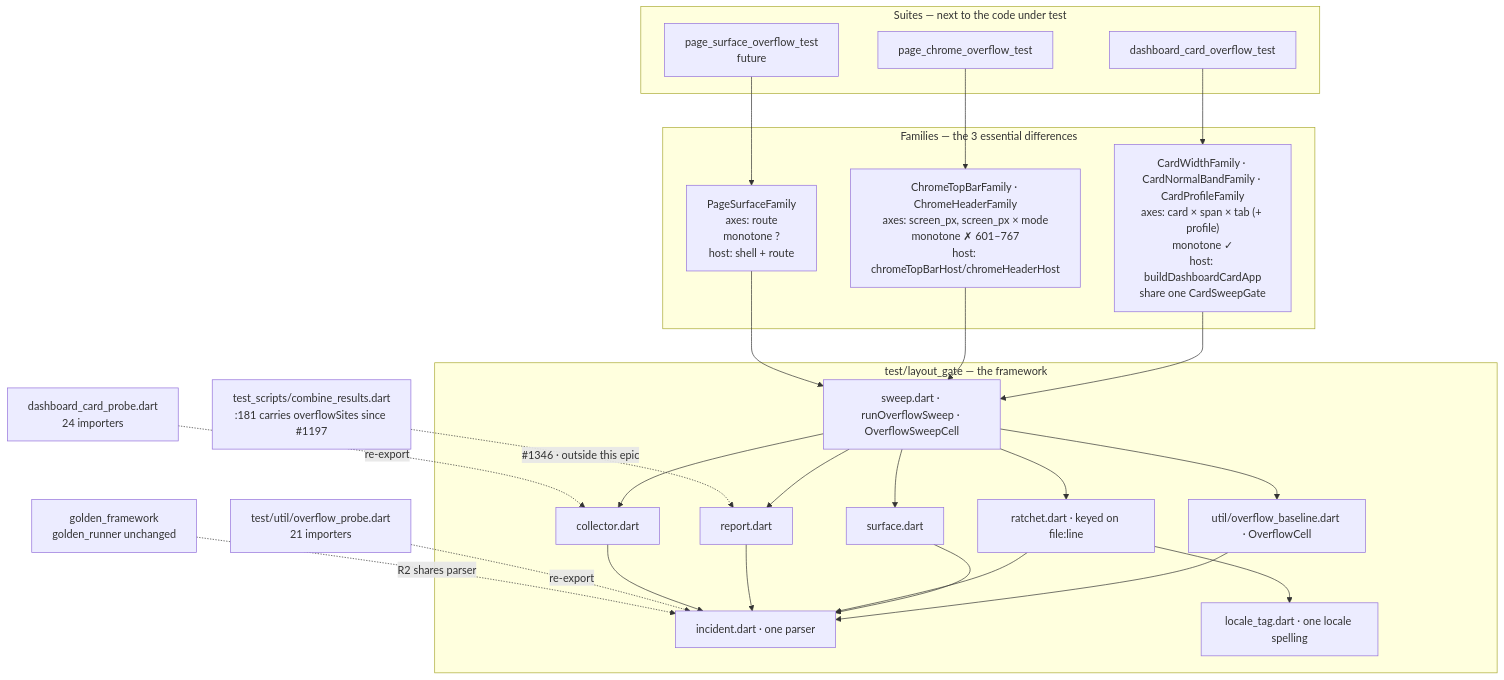
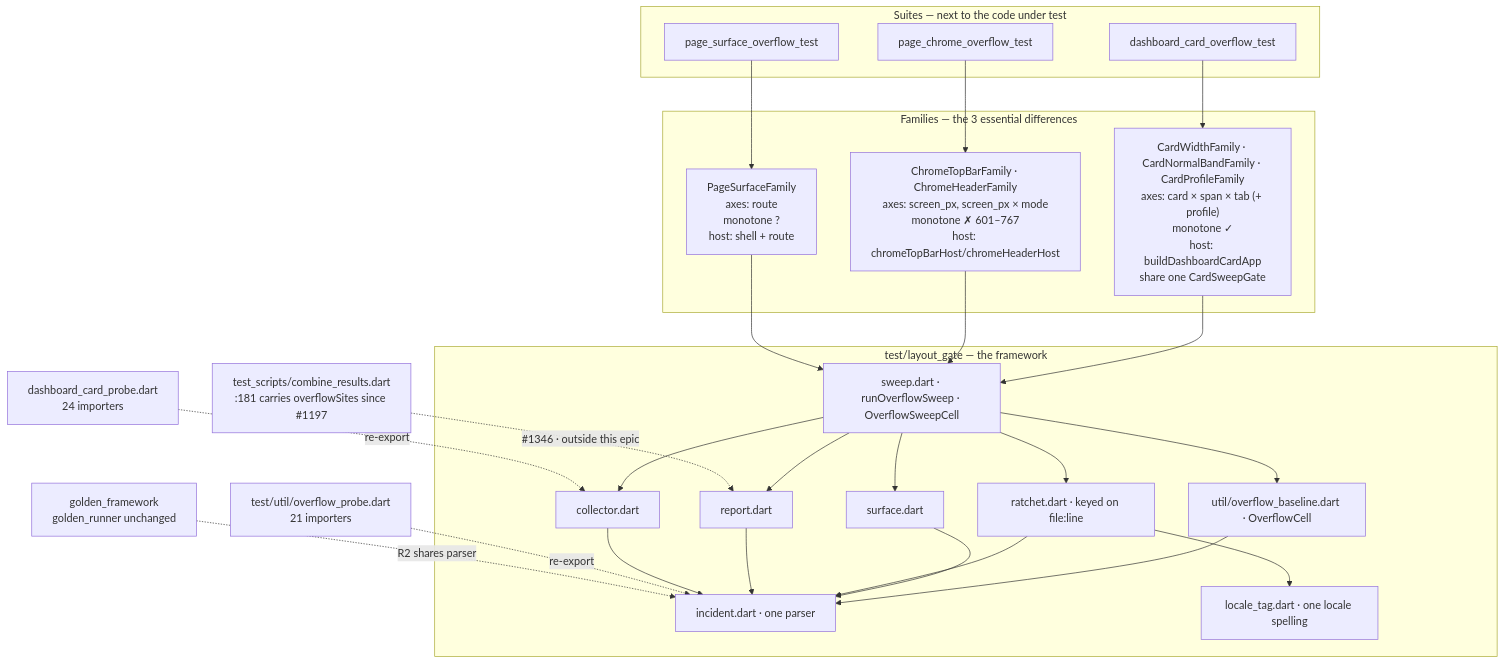
One commit to linksys/PrivacyGUI changed the first of 2 diagrams in doc/testing/overflow_gate_architecture.md. Above: the diagram before and after it, drawn with Mermaid. The commit also changed other lines of this file and 6 other files, not shown here.

````diff
--- a/doc/testing/overflow_gate_architecture.md
+++ b/doc/testing/overflow_gate_architecture.md
@@ -776,32 +785,32 @@
 ```mermaid
 graph TD
   subgraph S[Suites — next to the code under test]
     S1[dashboard_card_overflow_test]
     S2[page_chrome_overflow_test]
-    S3[page_surface_overflow_test<br/>future]
+    S3[page_surface_overflow_test]
   end
   subgraph F[Families — the 3 essential differences]
     F1["CardWidthFamily · CardNormalBandFamily · CardProfileFamily<br/>axes: card × span × tab (+ profile)<br/>monotone ✓<br/>host: buildDashboardCardApp<br/>share one CardSweepGate"]
     F2["ChromeTopBarFamily · ChromeHeaderFamily<br/>axes: screen_px, screen_px × mode<br/>monotone ✗ 601–767<br/>host: chromeTopBarHost/chromeHeaderHost"]
     F3["PageSurfaceFamily<br/>axes: route<br/>monotone ?<br/>host: shell + route"]
   end
   subgraph K["test/layout_gate — the framework"]
     K1[sweep.dart · runOverflowSweep · OverflowSweepCell]
     K2[util/overflow_baseline.dart · OverflowCell]
     K3[surface.dart]
     K4[ratchet.dart · keyed on file:line]
     K5[report.dart]
     K6[collector.dart]
     K7[incident.dart · one parser]
     K8[locale_tag.dart · one locale spelling]
   end
   S1 --> F1 --> K1
   S2 --> F2 --> K1
   S3 --> F3 --> K1
   K1 --> K2 & K3 & K4 & K5 & K6 --> K7
   K4 --> K8
   U1["test/util/overflow_probe.dart<br/>21 importers"] -.re-export.-> K7
   U2["dashboard_card_probe.dart<br/>24 importers"] -.re-export.-> K6
   U3["golden_framework<br/>golden_runner unchanged"] -.R2 shares parser.-> K7
   U4["test_scripts/combine_results.dart<br/>:181 carries overflowSites since #1197"] -. "#1346 · outside this epic" .-> K5
 ```
````
